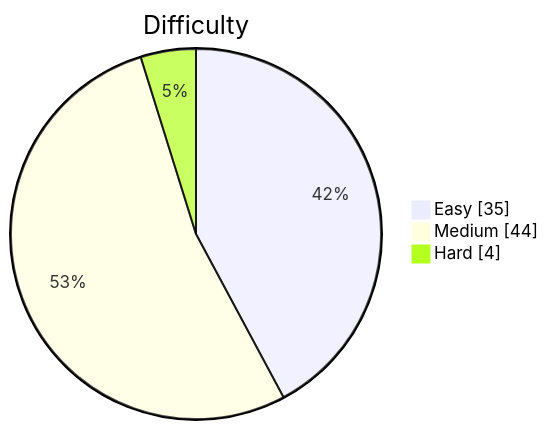
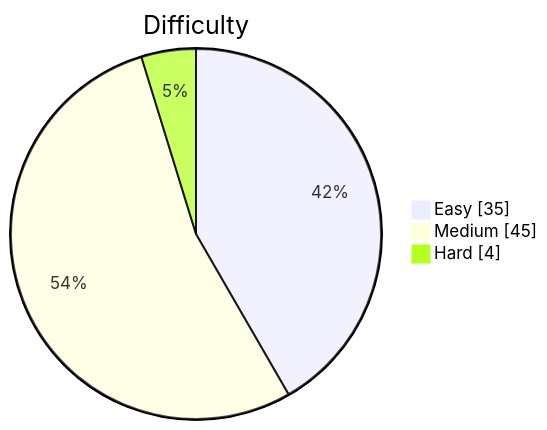
The diagram in README.md (kevstevie/python-algo-practice), drawn with Mermaid before and after one commit. The commit also changed other lines of this file, not shown here.

````diff
--- a/README.md
+++ b/README.md
@@ -13,7 +13,7 @@
 ```mermaid
 pie showData
     title Difficulty
     "Easy"   : 35
-    "Medium" : 44
+    "Medium" : 45
     "Hard"   : 4
 ```
````
